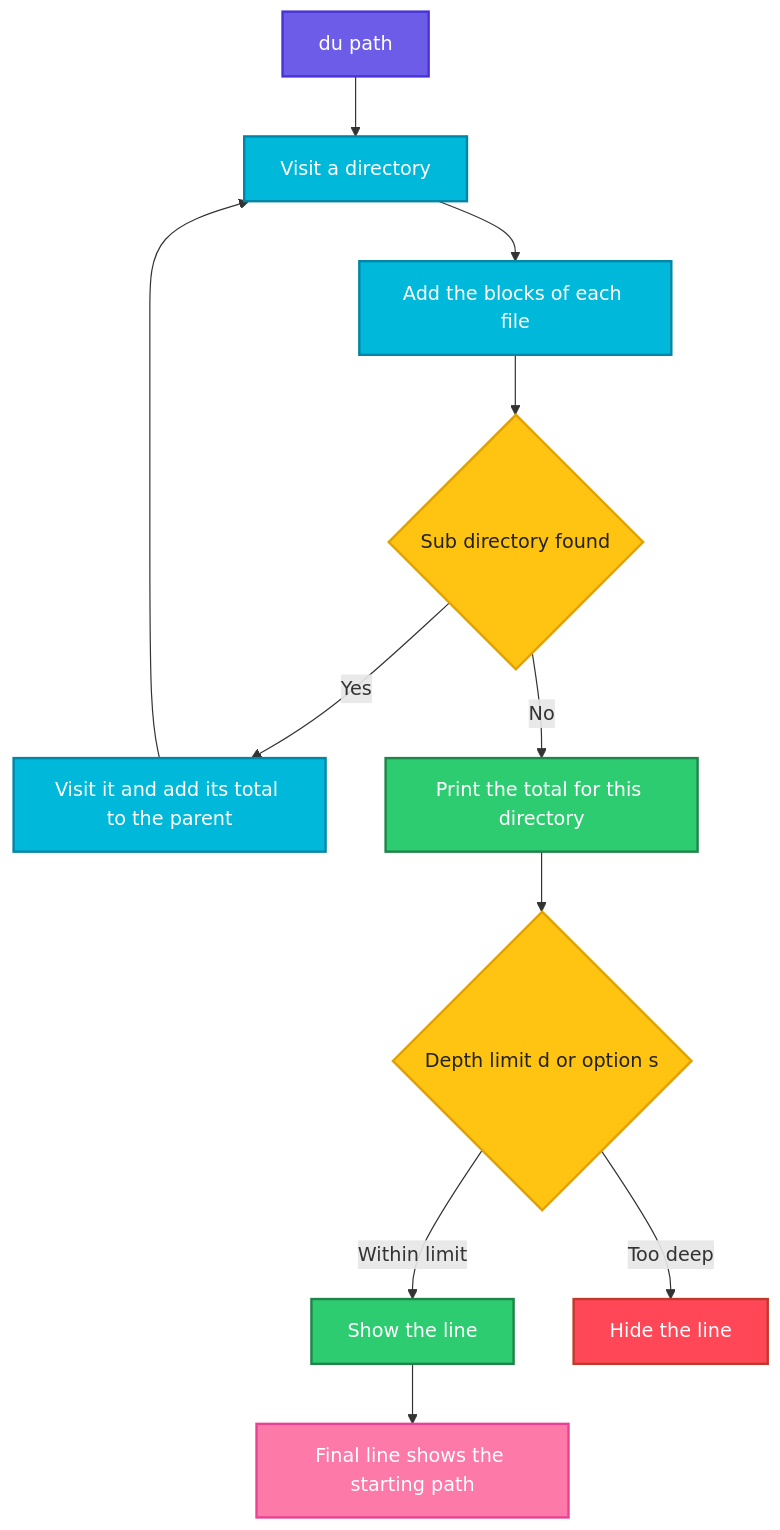
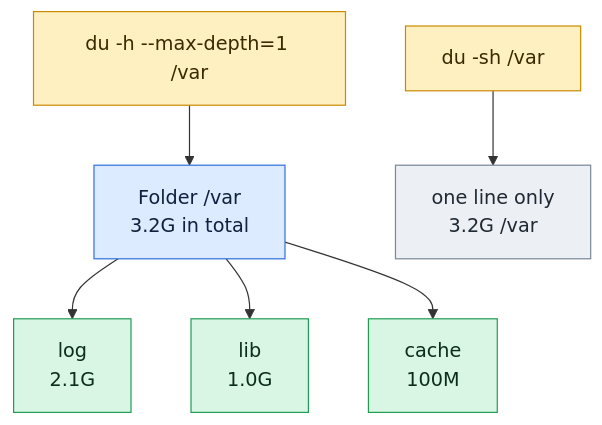
The diagram in linux/system-info/du.md (codeKerdosTech/DevOps-Documentation), drawn with Mermaid before and after one commit. The commit also changed other lines of this file and 165 other files, not shown here.

Commit message:
updated diagrams in linux

````diff
--- a/linux/system-info/du.md
+++ b/linux/system-info/du.md
@@ -16,26 +16,17 @@
 ```mermaid
 flowchart TD
-    A[du path] --> B[Visit a directory]
-    B --> C[Add the blocks of each file]
-    C --> D{Sub directory found}
-    D -->|Yes| E[Visit it and add its total to the parent]
-    D -->|No| F[Print the total for this directory]
-    E --> B
-    F --> G{Depth limit d or option s}
-    G -->|Within limit| H[Show the line]
-    G -->|Too deep| I[Hide the line]
-    H --> J[Final line shows the starting path]
-    classDef start fill:#6C5CE7,stroke:#4834D4,stroke-width:2px,color:#fff
-    classDef proc fill:#00B8D9,stroke:#0087A8,stroke-width:2px,color:#fff
-    classDef dec fill:#FFC312,stroke:#E1A100,stroke-width:2px,color:#222
-    classDef ok fill:#2ECC71,stroke:#1E8449,stroke-width:2px,color:#fff
-    classDef err fill:#FF4757,stroke:#C0392B,stroke-width:2px,color:#fff
-    classDef out fill:#FD79A8,stroke:#E84393,stroke-width:2px,color:#fff
-    classDef alt fill:#FF9F43,stroke:#E67E22,stroke-width:2px,color:#fff
-    class A start
-    class B,C,E proc
-    class D,G dec
-    class F,H ok
-    class I err
-    class J out
+    c1[du -h --max-depth=1 /var] --> i1[Folder /var<br/>3.2G in total]
+    i1 --> o1[log<br/>2.1G]
+    i1 --> o2[lib<br/>1.0G]
+    i1 --> o3[cache<br/>100M]
+    c2[du -sh /var] --> n2[one line only<br/>3.2G /var]
+    classDef inp fill:#DCEBFF,stroke:#2F6FDE,color:#10213F
+    classDef cmd fill:#FFF0C2,stroke:#C98A00,color:#3A2A00
+    classDef out fill:#D9F5E3,stroke:#1F9D55,color:#0B2E1A
+    classDef bad fill:#FDE0E0,stroke:#D13B3B,color:#4A0F0F
+    classDef note fill:#ECEFF3,stroke:#7B8794,color:#1F2933
+    class c1,c2 cmd
+    class i1 inp
+    class o1,o2,o3 out
+    class n2 note
 ```
````
